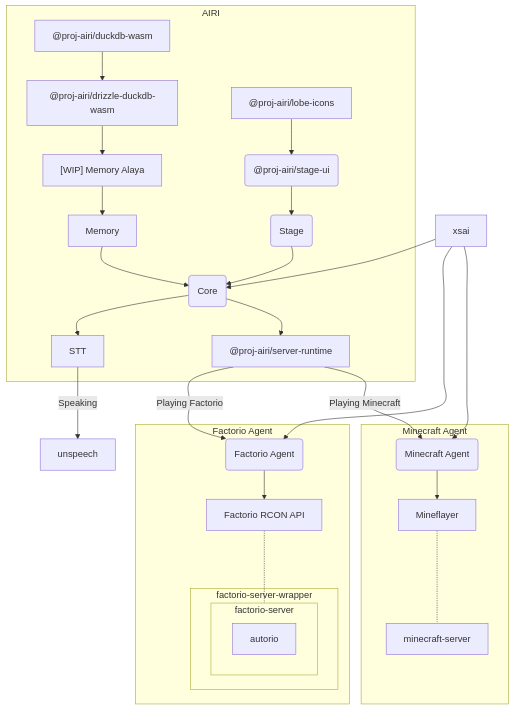
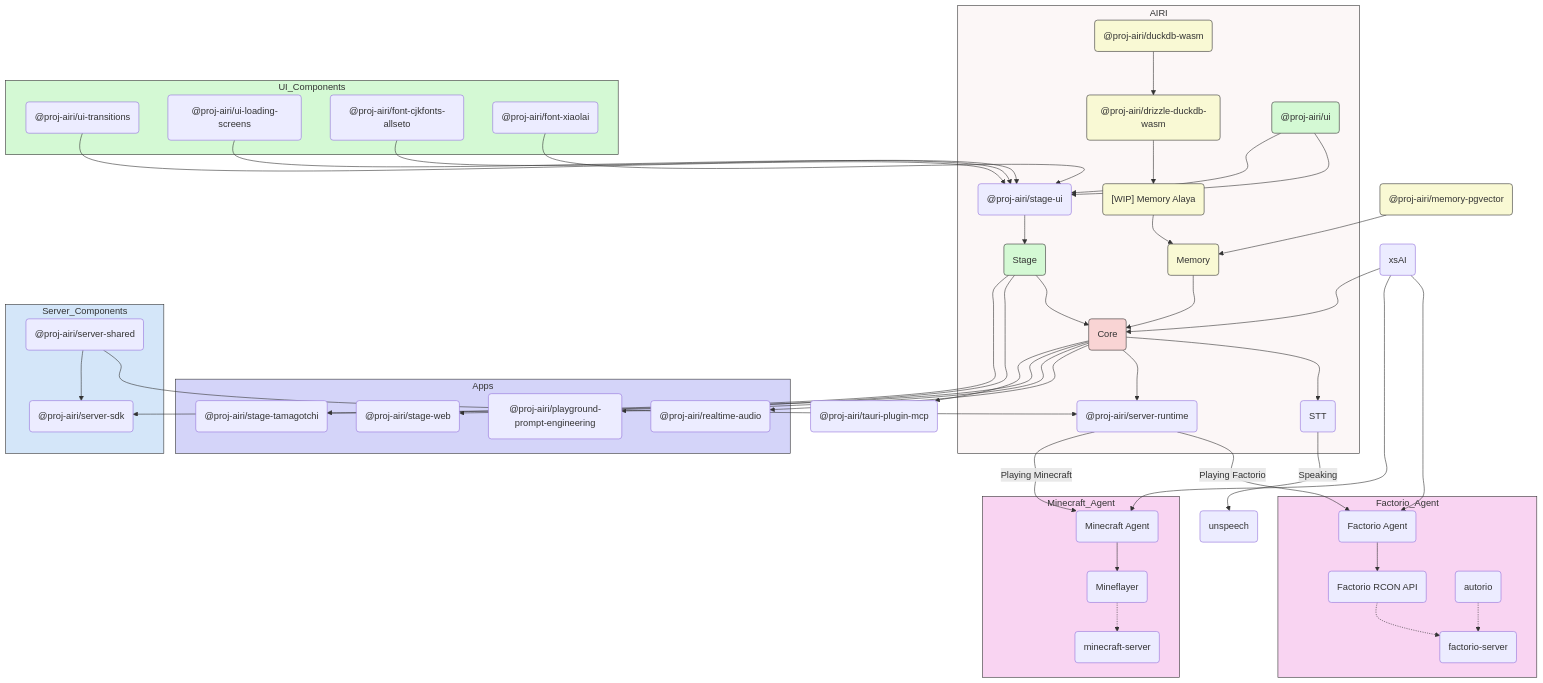
The first of 2 diagrams in README.md (zennomi/airi), drawn with Mermaid before and after one commit. The commit also changed 2 other files, not shown here.

Commit message:
docs: updated architecture in README

````diff
--- a/README.md
+++ b/README.md
@@ -177,50 +177,87 @@
 
 flowchart TD
   Core("Core")
-  Unspeech["unspeech"]
-  DBDriver["@proj-airi/drizzle-duckdb-wasm"]
-  MemoryDriver["[WIP] Memory Alaya"]
-  DB1["@proj-airi/duckdb-wasm"]
-  ICONS["@proj-airi/lobe-icons"]
-  UI("@proj-airi/stage-ui")
+  Unspeech("unspeech")
+  DBDriver("@proj-airi/drizzle-duckdb-wasm")
+  MemoryDriver("[WIP] Memory Alaya")
+  DB1("@proj-airi/duckdb-wasm")
+  SVRT("@proj-airi/server-runtime")
+  Memory("Memory")
+  STT("STT")
   Stage("Stage")
-  F_AGENT("Factorio Agent")
-  F_API["Factorio RCON API"]
-  F_MOD1["autorio"]
-  SVRT["@proj-airi/server-runtime"]
-  MC_AGENT("Minecraft Agent")
-  XSAI["xsai"]
+  StageUI("@proj-airi/stage-ui")
+  UI("@proj-airi/ui")
 
   subgraph AIRI
     DB1 --> DBDriver --> MemoryDriver --> Memory --> Core
-    ICONS --> UI --> Stage --> Core
+    UI --> StageUI --> Stage --> Core
     Core --> STT
     Core --> SVRT
   end
 
-  STT --> |Speaking|Unspeech
-  SVRT --> |Playing Factorio|F_AGENT
-  SVRT --> |Playing Minecraft|MC_AGENT
-
-  subgraph Factorio Agent
-    F_AGENT --> F_API -..- factorio-server
-    subgraph factorio-server-wrapper
-      subgraph factorio-server
-        F_MOD1
-      end
-    end
+  subgraph UI_Components
+    UI --> StageUI
+    UITransitions("@proj-airi/ui-transitions") --> StageUI
+    UILoadingScreens("@proj-airi/ui-loading-screens") --> StageUI
+    FontCJK("@proj-airi/font-cjkfonts-allseto") --> StageUI
+    FontXiaolai("@proj-airi/font-xiaolai") --> StageUI
   end
 
-  subgraph Minecraft Agent
-    MC_AGENT --> Mineflayer -..- minecraft-server
-    subgraph factorio-server-wrapper
-      subgraph factorio-server
-        F_MOD1
-      end
-    end
+  subgraph Apps
+    Stage --> StageWeb("@proj-airi/stage-web")
+    Stage --> StageTamagotchi("@proj-airi/stage-tamagotchi")
+    Core --> RealtimeAudio("@proj-airi/realtime-audio")
+    Core --> PromptEngineering("@proj-airi/playground-prompt-engineering")
   end
 
-  XSAI --> Core
+  subgraph Server_Components
+    Core --> ServerSDK("@proj-airi/server-sdk")
+    ServerShared("@proj-airi/server-shared") --> SVRT
+    ServerShared --> ServerSDK
+  end
+
+  STT -->|Speaking| Unspeech
+  SVRT -->|Playing Factorio| F_AGENT
+  SVRT -->|Playing Minecraft| MC_AGENT
+
+  subgraph Factorio_Agent
+    F_AGENT("Factorio Agent")
+    F_API("Factorio RCON API")
+    factorio-server("factorio-server")
+    F_MOD1("autorio")
+
+    F_AGENT --> F_API -.-> factorio-server
+    F_MOD1 -.-> factorio-server
+  end
+
+  subgraph Minecraft_Agent
+    MC_AGENT("Minecraft Agent")
+    Mineflayer("Mineflayer")
+    minecraft-server("minecraft-server")
+
+    MC_AGENT --> Mineflayer -.-> minecraft-server
+  end
+
+  XSAI("xsAI") --> Core
   XSAI --> F_AGENT
   XSAI --> MC_AGENT
+
+  Core --> TauriMCP("@proj-airi/tauri-plugin-mcp")
+  Memory_PGVector("@proj-airi/memory-pgvector") --> Memory
+
+  style Core fill:#f9d4d4,stroke:#333,stroke-width:1px
+  style AIRI fill:#fcf7f7,stroke:#333,stroke-width:1px
+  style UI fill:#d4f9d4,stroke:#333,stroke-width:1px
+  style Stage fill:#d4f9d4,stroke:#333,stroke-width:1px
+  style UI_Components fill:#d4f9d4,stroke:#333,stroke-width:1px
+  style Server_Components fill:#d4e6f9,stroke:#333,stroke-width:1px
+  style Apps fill:#d4d4f9,stroke:#333,stroke-width:1px
+  style Factorio_Agent fill:#f9d4f2,stroke:#333,stroke-width:1px
+  style Minecraft_Agent fill:#f9d4f2,stroke:#333,stroke-width:1px
+
+  style DBDriver fill:#f9f9d4,stroke:#333,stroke-width:1px
+  style MemoryDriver fill:#f9f9d4,stroke:#333,stroke-width:1px
+  style DB1 fill:#f9f9d4,stroke:#333,stroke-width:1px
+  style Memory fill:#f9f9d4,stroke:#333,stroke-width:1px
+  style Memory_PGVector fill:#f9f9d4,stroke:#333,stroke-width:1px
 ```
````
